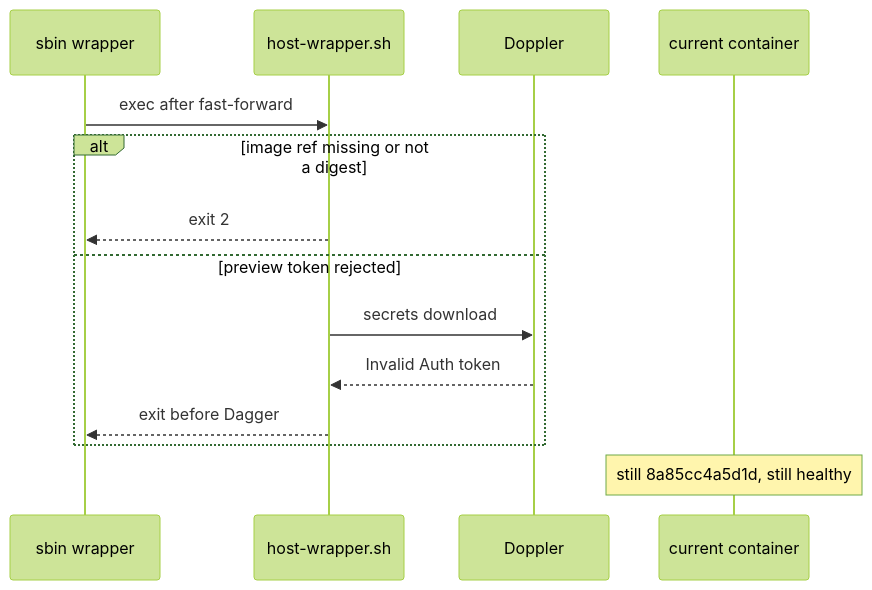
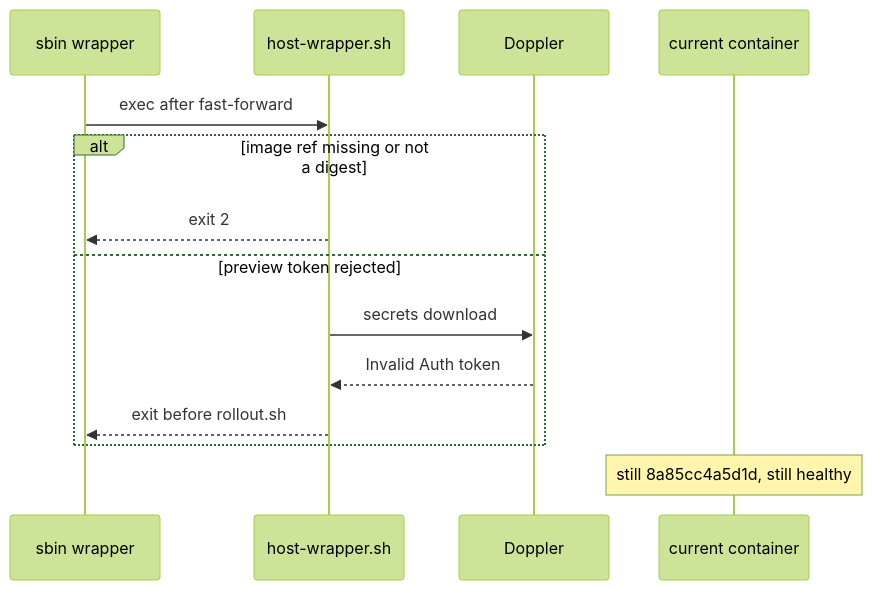
One commit to Awannaphasch2016/dyad changed the sixth of 8 diagrams in plans/offhost-image-pull.md. Above: the diagram before and after it, drawn with Mermaid (forest theme). The commit also changed other lines of this file and 1 other file, not shown here.

First line of the commit message:
Lock the image plan so Dagger publishes and EC2 only pulls.

````diff
--- a/plans/offhost-image-pull.md
+++ b/plans/offhost-image-pull.md
@@ -524,17 +539,17 @@
 ```mermaid
 sequenceDiagram
   participant S as sbin wrapper
   participant H as host-wrapper.sh
   participant D as Doppler
   participant C as current container
 
   S->>H: exec after fast-forward
   alt image ref missing or not a digest
     H-->>S: exit 2
   else preview token rejected
     H->>D: secrets download
     D-->>H: Invalid Auth token
-    H-->>S: exit before Dagger
+    H-->>S: exit before rollout.sh
   end
   Note over C: still 8a85cc4a5d1d, still healthy
 ```
````
